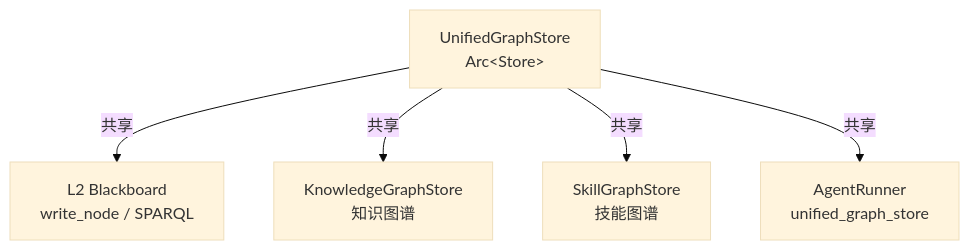
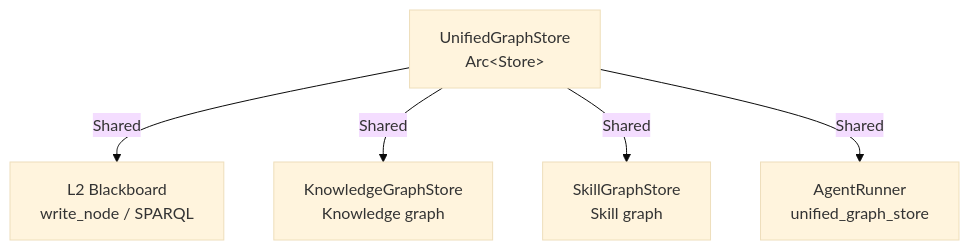
The fourth of 6 diagrams in docs/03-memory-system.md (skaiy/wild_agentos), drawn with Mermaid (base theme) before and after one commit. The commit also changed other lines of this file and 23 other files, not shown here.

````diff
--- a/docs/03-memory-system.md
+++ b/docs/03-memory-system.md
@@ -446,7 +368,7 @@
 ```mermaid
 graph TB
-    UGS["UnifiedGraphStore<br/>Arc&lt;Store&gt;"] -->|共享| L2["L2 Blackboard<br/>write_node / SPARQL"]
-    UGS -->|共享| KGS["KnowledgeGraphStore<br/>知识图谱"]
-    UGS -->|共享| SGS["SkillGraphStore<br/>技能图谱"]
-    UGS -->|共享| AR["AgentRunner<br/>unified_graph_store"]
+    UGS["UnifiedGraphStore<br/>Arc&lt;Store&gt;"] -->|Shared| L2["L2 Blackboard<br/>write_node / SPARQL"]
+    UGS -->|Shared| KGS["KnowledgeGraphStore<br/>Knowledge graph"]
+    UGS -->|Shared| SGS["SkillGraphStore<br/>Skill graph"]
+    UGS -->|Shared| AR["AgentRunner<br/>unified_graph_store"]
 ```
````
